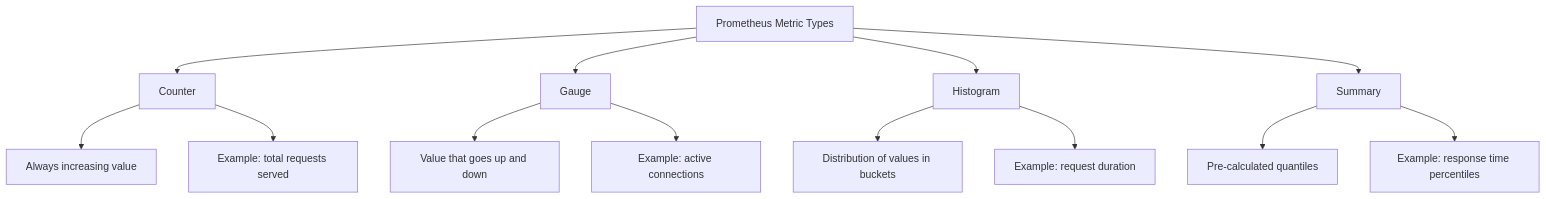
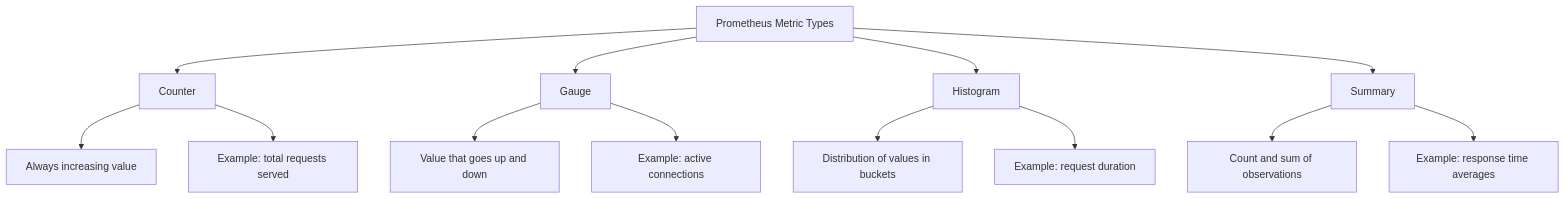
The diagram in posts/2026-02-20-custom-metrics-prometheus/README.md (OneUptime/blog), drawn with Mermaid before and after one commit. The commit also changed other lines of this file and 2 other files, not shown here.

Commit message:
validate: 2026-02-20-custom-metrics-prometheus

````diff
--- a/posts/2026-02-20-custom-metrics-prometheus/README.md
+++ b/posts/2026-02-20-custom-metrics-prometheus/README.md
@@ -17,15 +17,15 @@
 ```mermaid
 graph TD
     A[Prometheus Metric Types] --> B[Counter]
     A --> C[Gauge]
     A --> D[Histogram]
     A --> E[Summary]
     B --> B1[Always increasing value]
     B --> B2[Example: total requests served]
     C --> C1[Value that goes up and down]
     C --> C2[Example: active connections]
     D --> D1[Distribution of values in buckets]
     D --> D2[Example: request duration]
-    E --> E1[Pre-calculated quantiles]
-    E --> E2[Example: response time percentiles]
+    E --> E1[Count and sum of observations]
+    E --> E2[Example: response time averages]
 ```
````
